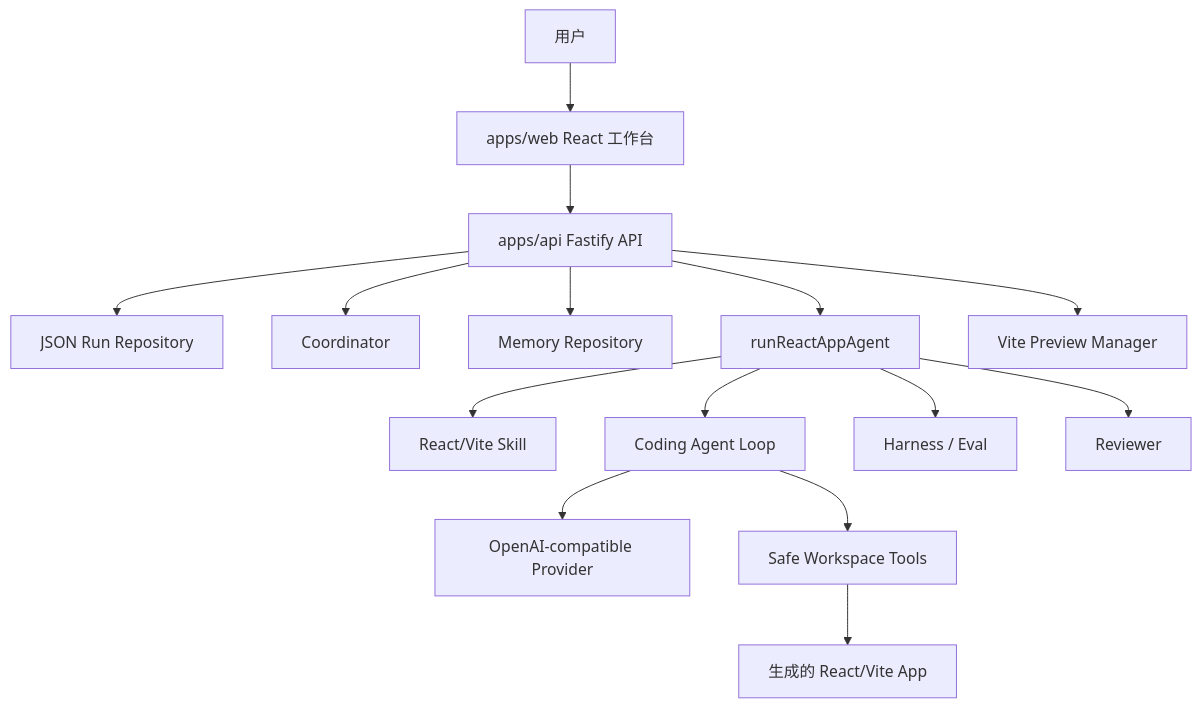
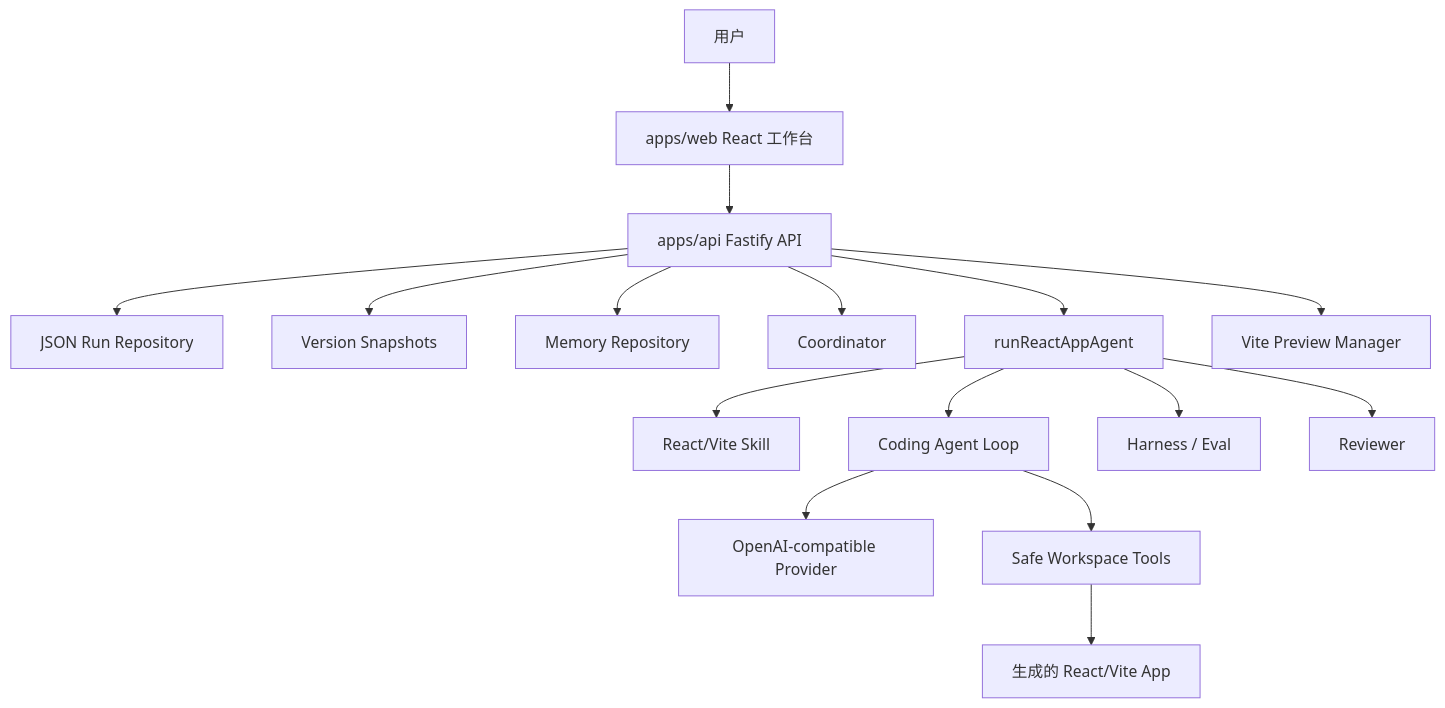
One commit to Marvin725626/appforge-agent-platform changed the second of 2 diagrams in README.zh-CN.md. Above: the diagram before and after it, drawn with Mermaid. The commit also changed other lines of this file and 20 other files, not shown here.

````diff
--- a/README.zh-CN.md
+++ b/README.zh-CN.md
@@ -88,17 +92,18 @@
 ```mermaid
 flowchart TD
     User["用户"] --> Web["apps/web React 工作台"]
     Web --> API["apps/api Fastify API"]
     API --> Repo["JSON Run Repository"]
+    API --> Versions["Version Snapshots"]
+    API --> Memory["Memory Repository"]
     API --> Coordinator["Coordinator"]
-    API --> Memory["Memory Repository"]
     API --> Runner["runReactAppAgent"]
     Runner --> Skill["React/Vite Skill"]
     Runner --> AgentLoop["Coding Agent Loop"]
     AgentLoop --> Provider["OpenAI-compatible Provider"]
     AgentLoop --> Workspace["Safe Workspace Tools"]
     Runner --> Harness["Harness / Eval"]
     Runner --> Review["Reviewer"]
     API --> Preview["Vite Preview Manager"]
     Workspace --> Generated["生成的 React/Vite App"]
 ```
````
